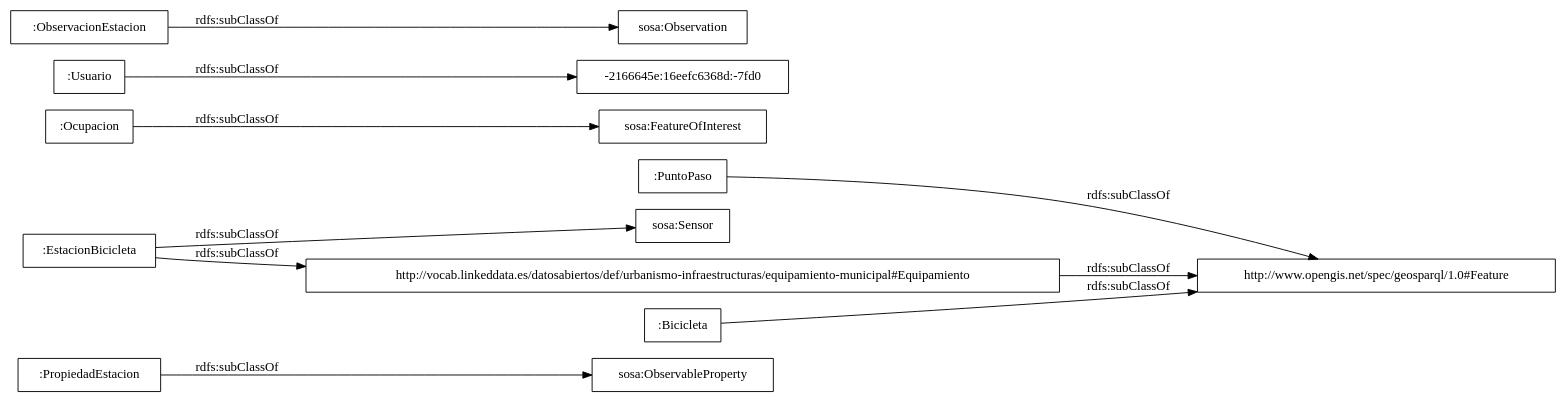
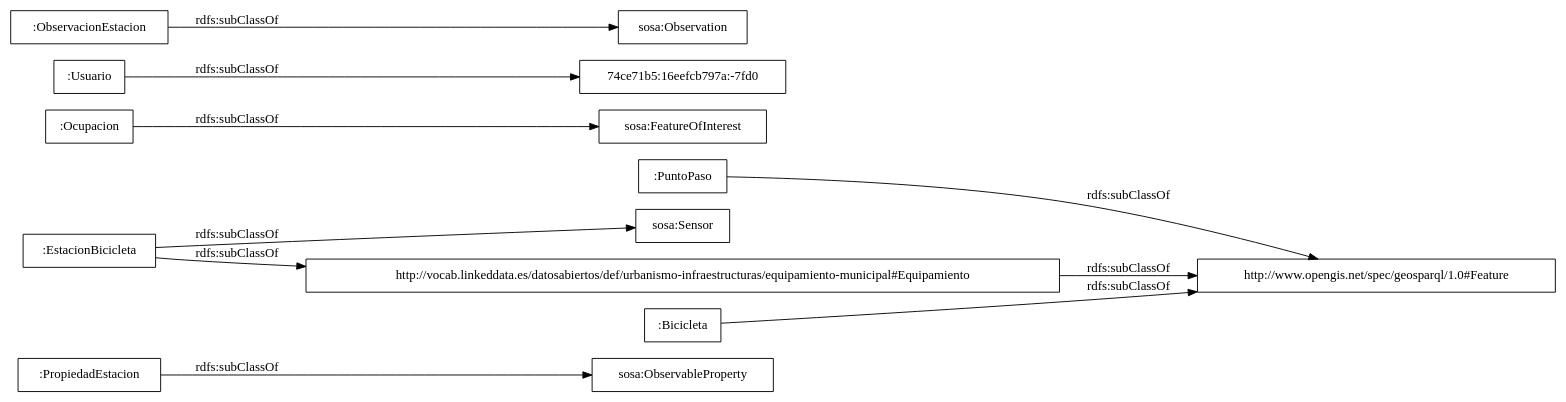
One commit to opencitydata/transporte-bici-datos-publicos changed the diagram in OnToology/Ontology/bicicleta-publica.owl/diagrams/ar2dtool-taxonomy/bicicleta-publica.owl.png.dot. Above: the diagram before and after it, drawn with Graphviz. The commit also changed 23 other files, not shown here.

```diff
--- a/OnToology/Ontology/bicicleta-publica.owl/diagrams/ar2dtool-taxonomy/bicicleta-publica.owl.png.dot
+++ b/OnToology/Ontology/bicicleta-publica.owl/diagrams/ar2dtool-taxonomy/bicicleta-publica.owl.png.dot
@@ -1,15 +1,15 @@
 digraph ar2dtool_diagram { 
 rankdir=LR;
 size="1000"
-node [shape = rectangle, color="black"]; ":PropiedadEstacion" ":PuntoPaso" "sosa:ObservableProperty" "sosa:FeatureOfInterest" ":Usuario" ":Ocupacion" "sosa:Observation" "-2166645e:16eefc6368d:-7fd0" "sosa:Sensor" "http://vocab.linkeddata.es/datosabiertos/def/urbanismo-infraestructuras/equipamiento-municipal#Equipamiento" ":EstacionBicicleta" ":ObservacionEstacion" ":Bicicleta" "http://www.opengis.net/spec/geosparql/1.0#Feature" ; /*classes style*/
+node [shape = rectangle, color="black"]; ":PropiedadEstacion" ":PuntoPaso" "sosa:ObservableProperty" "sosa:FeatureOfInterest" ":Usuario" ":Ocupacion" "74ce71b5:16eefcb797a:-7fd0" "sosa:Observation" "sosa:Sensor" "http://vocab.linkeddata.es/datosabiertos/def/urbanismo-infraestructuras/equipamiento-municipal#Equipamiento" ":EstacionBicicleta" ":ObservacionEstacion" ":Bicicleta" "http://www.opengis.net/spec/geosparql/1.0#Feature" ; /*classes style*/
 	"http://vocab.linkeddata.es/datosabiertos/def/urbanismo-infraestructuras/equipamiento-municipal#Equipamiento" -> "http://www.opengis.net/spec/geosparql/1.0#Feature" [ label = "rdfs:subClassOf" ];
 	":EstacionBicicleta" -> "http://vocab.linkeddata.es/datosabiertos/def/urbanismo-infraestructuras/equipamiento-municipal#Equipamiento" [ label = "rdfs:subClassOf" ];
 	":EstacionBicicleta" -> "sosa:Sensor" [ label = "rdfs:subClassOf" ];
-	":Usuario" -> "-2166645e:16eefc6368d:-7fd0" [ label = "rdfs:subClassOf" ];
+	":Usuario" -> "74ce71b5:16eefcb797a:-7fd0" [ label = "rdfs:subClassOf" ];
 	":Bicicleta" -> "http://www.opengis.net/spec/geosparql/1.0#Feature" [ label = "rdfs:subClassOf" ];
 	":PuntoPaso" -> "http://www.opengis.net/spec/geosparql/1.0#Feature" [ label = "rdfs:subClassOf" ];
 	":Ocupacion" -> "sosa:FeatureOfInterest" [ label = "rdfs:subClassOf" ];
 	":PropiedadEstacion" -> "sosa:ObservableProperty" [ label = "rdfs:subClassOf" ];
 	":ObservacionEstacion" -> "sosa:Observation" [ label = "rdfs:subClassOf" ];
 
 }
```
